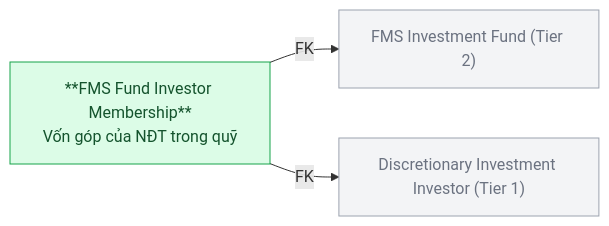
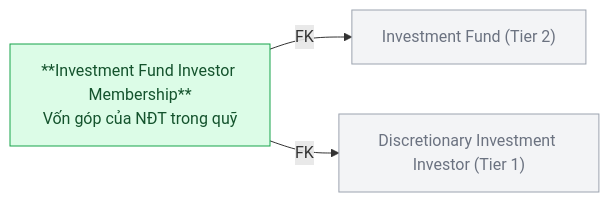
Before and after one commit to linhlvit/ubck_atomic_design: the second of 12 diagrams in Silver/hld/FMS_HLD_Tier3.md, drawn with Mermaid. The commit also changed other lines of this file and 32 other files, not shown here.

````diff
--- a/Silver/hld/FMS_HLD_Tier3.md
+++ b/Silver/hld/FMS_HLD_Tier3.md
@@ -58,12 +58,12 @@
 ```mermaid
 graph LR
     classDef silver fill:#dcfce7,stroke:#16a34a,color:#14532d
     classDef refnode fill:#f3f4f6,stroke:#9ca3af,color:#6b7280
 
-    FUND["FMS Investment Fund (Tier 2)"]:::refnode
+    FUND["Investment Fund (Tier 2)"]:::refnode
     DII["Discretionary Investment Investor (Tier 1)"]:::refnode
-    MBF["**FMS Fund Investor Membership**\nVốn góp của NĐT trong quỹ"]:::silver
+    MBF["**Investment Fund Investor Membership**\nVốn góp của NĐT trong quỹ"]:::silver
 
     MBF -->|FK| FUND
     MBF -->|FK| DII
 ```
````
